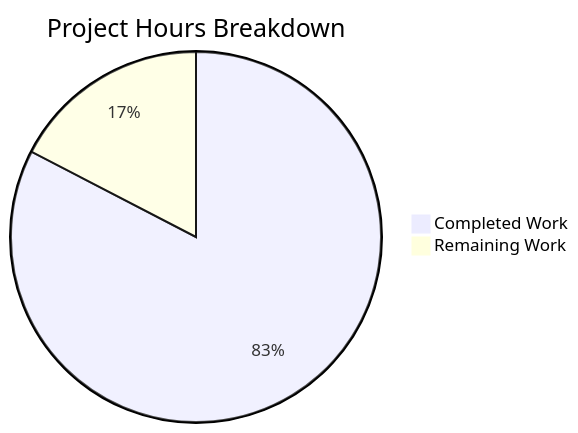
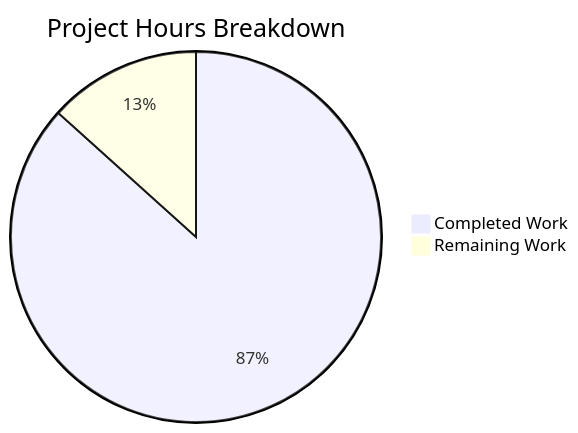
The diagram in blitzy/documentation/Project Guide.md (blitzy-public-samples/blitzy-WebVella-ERP), drawn with Mermaid before and after one commit. The commit also changed other lines of this file, not shown here.

````diff
--- a/blitzy/documentation/Project Guide.md
+++ b/blitzy/documentation/Project Guide.md
@@ -33,5 +25,5 @@
 ```mermaid
 pie title Project Hours Breakdown
-    "Completed Work" : 190
+    "Completed Work" : 260
     "Remaining Work" : 40
 ```
````
